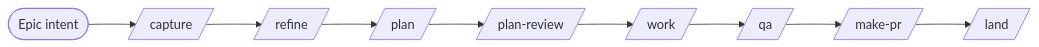
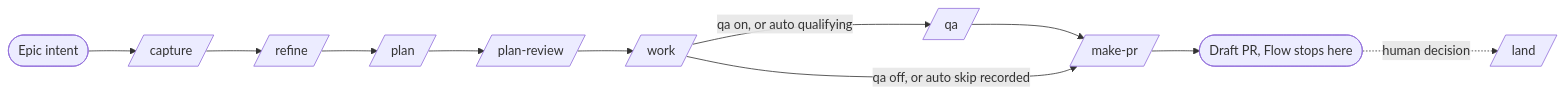
Before and after one commit to gmickel/flow-next: the first of 5 diagrams in plugins/flow-next/docs/pipeline-variations.md, drawn with Mermaid. The commit also changed other lines of this file and 6 other files, not shown here.

````diff
--- a/plugins/flow-next/docs/pipeline-variations.md
+++ b/plugins/flow-next/docs/pipeline-variations.md
@@ -43,4 +43,8 @@
 ```mermaid
 flowchart LR
-    E([Epic intent]) --> C[/capture/] --> I[/refine/] --> P[/plan/] --> PR[/plan-review/] --> W[/work/] --> Q[/qa/] --> M[/make-pr/] --> L[/land/]
+    E([Epic intent]) --> C[/capture/] --> I[/refine/] --> P[/plan/] --> PR[/plan-review/] --> W[/work/]
+    W -->|qa on, or auto qualifying| Q[/qa/] --> M[/make-pr/]
+    W -->|qa off, or auto skip recorded| M
+    M --> D([Draft PR, Flow stops here])
+    D -.human decision.-> L[/land/]
 ```
````
